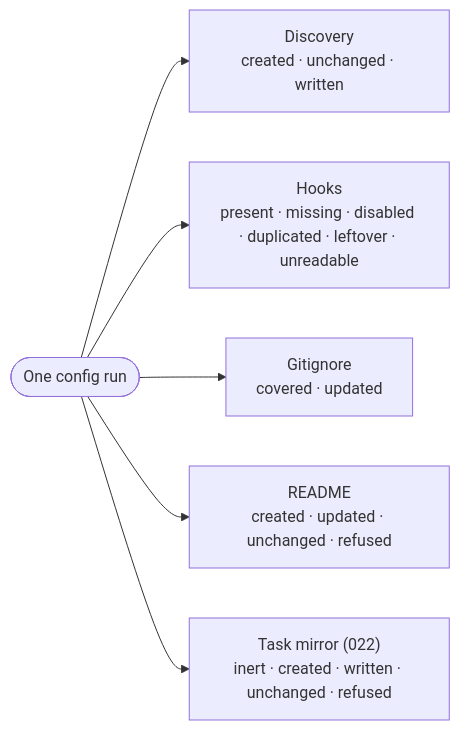
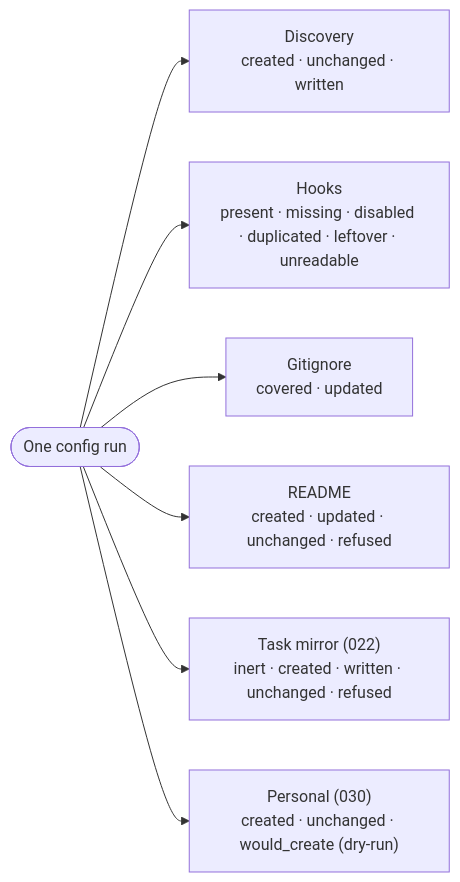
The eighth of 8 diagrams in docs/04-config-ceremony.md (Fyloss/spec-kit-jira), drawn with Mermaid before and after one commit. The commit also changed other lines of this file and 116 other files, not shown here.

````diff
--- a/docs/04-config-ceremony.md
+++ b/docs/04-config-ceremony.md
@@ -229,8 +229,9 @@
 ```mermaid
 flowchart LR
     Run(["One config run"]) --> E1["Discovery<br/>created · unchanged · written"]
     Run --> E2["Hooks<br/>present · missing · disabled · duplicated · leftover · unreadable"]
     Run --> E3["Gitignore<br/>covered · updated"]
     Run --> E4["README<br/>created · updated · unchanged · refused"]
     Run --> E5["Task mirror (022)<br/>inert · created · written · unchanged · refused"]
+    Run --> E6["Personal (030)<br/>created · unchanged · would_create (dry-run)"]
 ```
````
